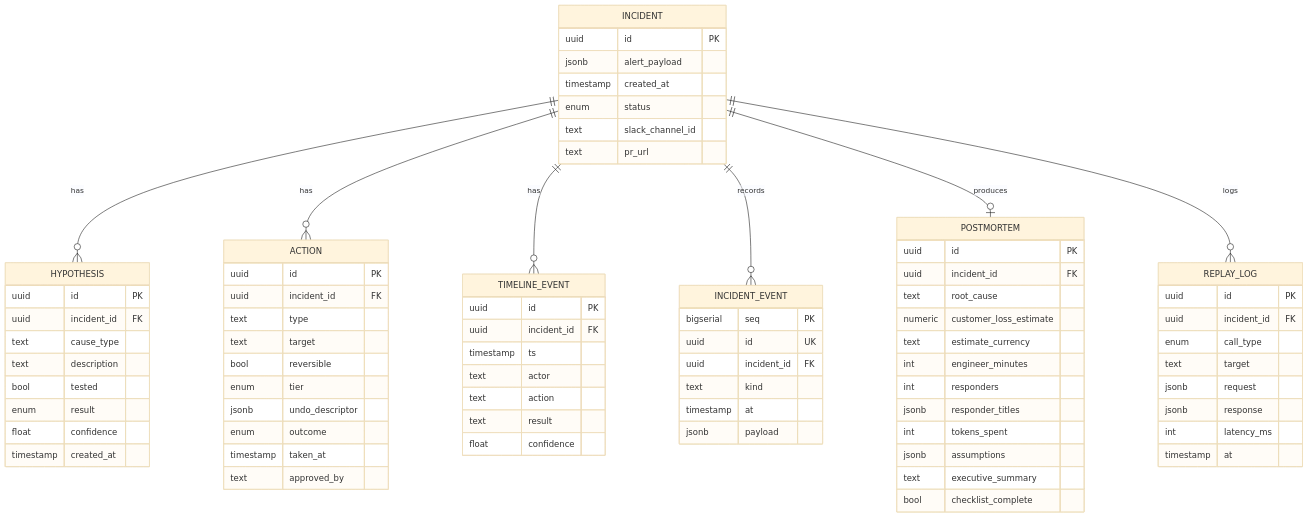
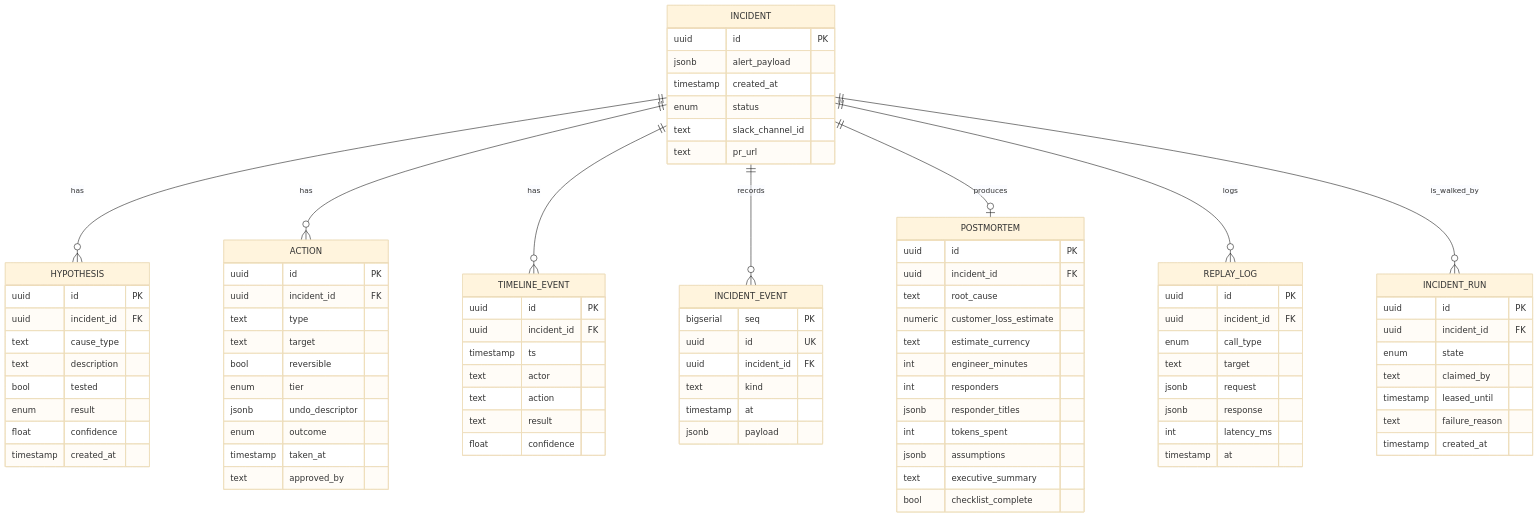
One commit to ohadraz/Argus changed the fourth of 5 diagrams in docs/spec-and-architecture.md. Above: the diagram before and after it, drawn with Mermaid (base theme). The commit also changed other lines of this file and 39 other files, not shown here.

```diff
--- a/docs/spec-and-architecture.md
+++ b/docs/spec-and-architecture.md
@@ -285,6 +291,7 @@
     INCIDENT ||--o{ INCIDENT_EVENT : records
     INCIDENT ||--o| POSTMORTEM : produces
     INCIDENT ||--o{ REPLAY_LOG : logs
+    INCIDENT ||--o{ INCIDENT_RUN : is_walked_by
 
     INCIDENT {
         uuid id PK
@@ -315,6 +322,15 @@
         enum outcome
         timestamp taken_at
         text approved_by
+    }
+    INCIDENT_RUN {
+        uuid id PK
+        uuid incident_id FK
+        enum state
+        text claimed_by
+        timestamp leased_until
+        text failure_reason
+        timestamp created_at
     }
     TIMELINE_EVENT {
         uuid id PK
```
